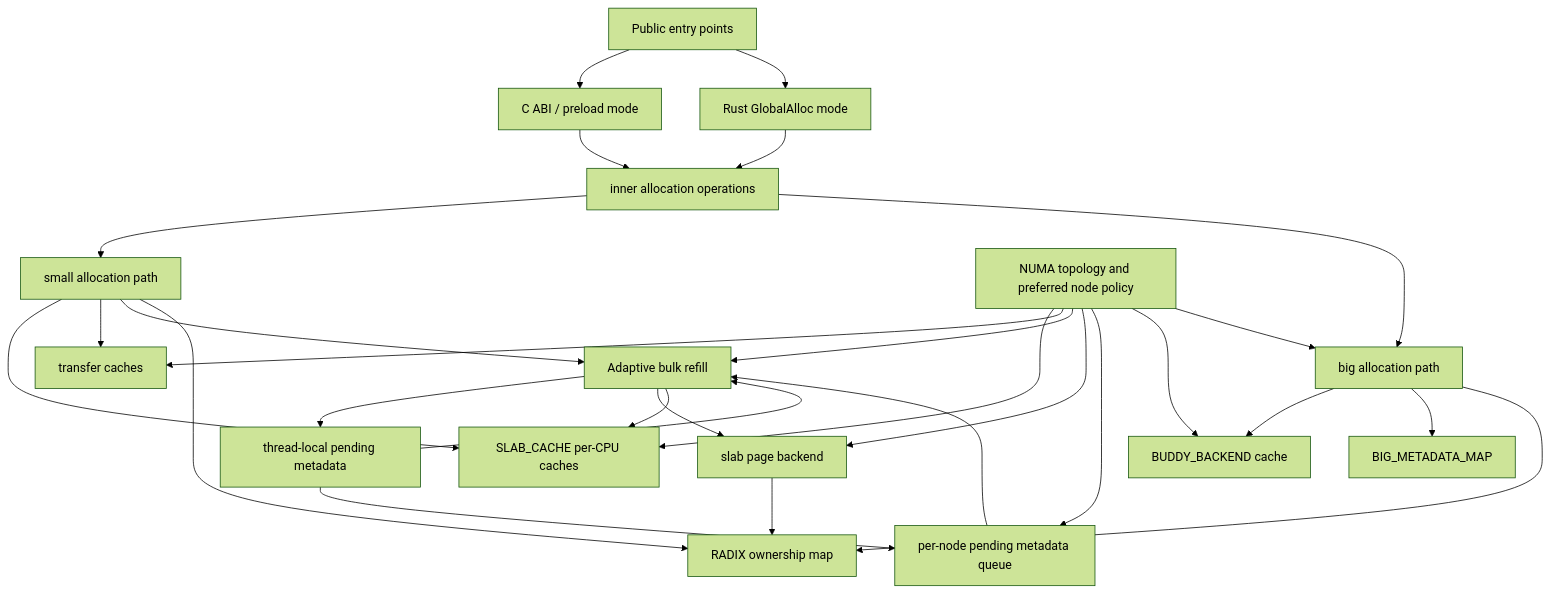
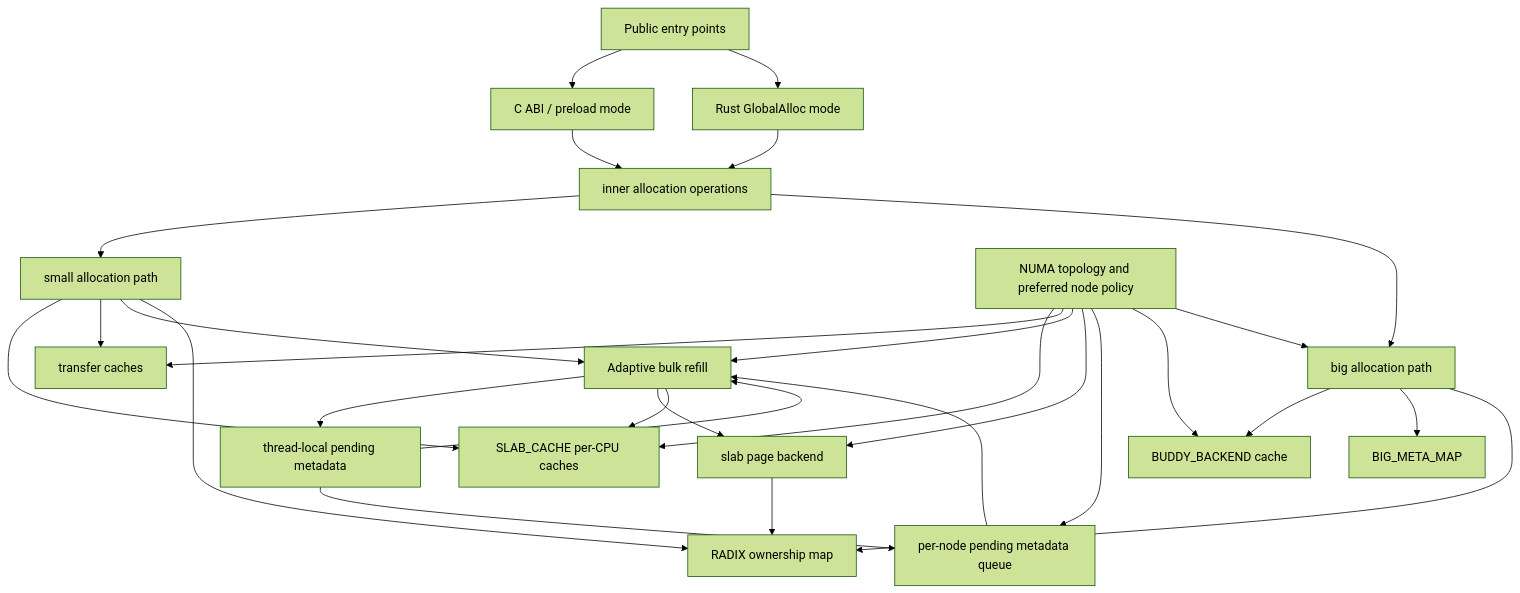
Before and after one commit to Metehan120/rsmalloc: the first of 4 diagrams in architecture.md, drawn with Mermaid (forest theme). The commit also changed other lines of this file and 5 other files, not shown here.

````diff
--- a/architecture.md
+++ b/architecture.md
@@ -17,47 +17,47 @@
 ```mermaid
 flowchart TD
     API[Public entry points]
     ABI[C ABI / preload mode]
     GLOBAL[Rust GlobalAlloc mode]
     INNER[inner allocation operations]
     SMALL[small allocation path]
     RSEQ[SLAB_CACHE per-CPU caches]
     TRANSFER[transfer caches]
     REFILL[Adaptive bulk refill]
     PAGE[slab page backend]
     PENDING[per-node pending metadata queue]
     TLS[thread-local pending metadata]
     NUMA[NUMA topology and preferred node policy]
     BIG[big allocation path]
     BUDDY[BUDDY_BACKEND cache]
     RADIX[RADIX ownership map]
-    MAP[BIG_METADATA_MAP]
+    MAP[BIG_META_MAP]
 
     API --> ABI
     API --> GLOBAL
     ABI --> INNER
     GLOBAL --> INNER
     INNER --> SMALL
     INNER --> BIG
     SMALL --> RSEQ
     SMALL --> TRANSFER
     SMALL --> REFILL
     REFILL --> TLS
     REFILL --> PAGE
     TLS --> REFILL
     TLS --> PENDING
     PENDING --> REFILL
     REFILL --> RSEQ
     PAGE --> RADIX
     NUMA --> RSEQ
     NUMA --> TRANSFER
     NUMA --> REFILL
     NUMA --> PAGE
     NUMA --> PENDING
     NUMA --> BUDDY
     NUMA --> BIG
     BIG --> BUDDY
     BIG --> MAP
     SMALL --> RADIX
     BIG --> RADIX
 ```
````
